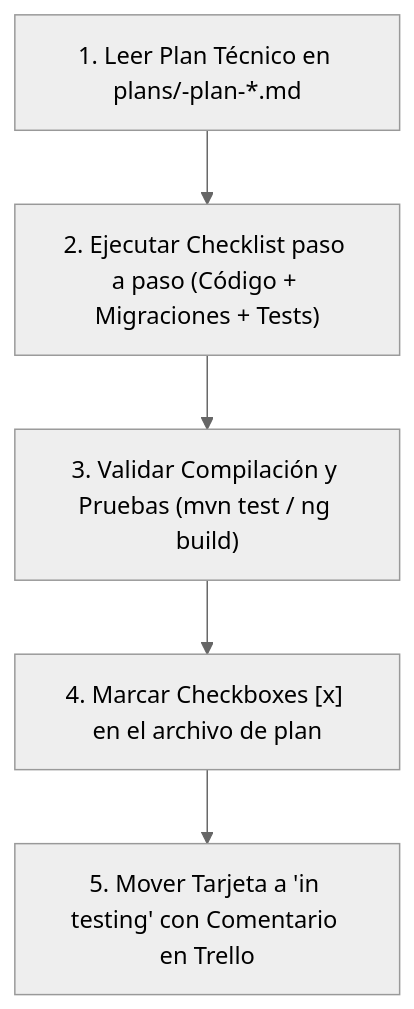
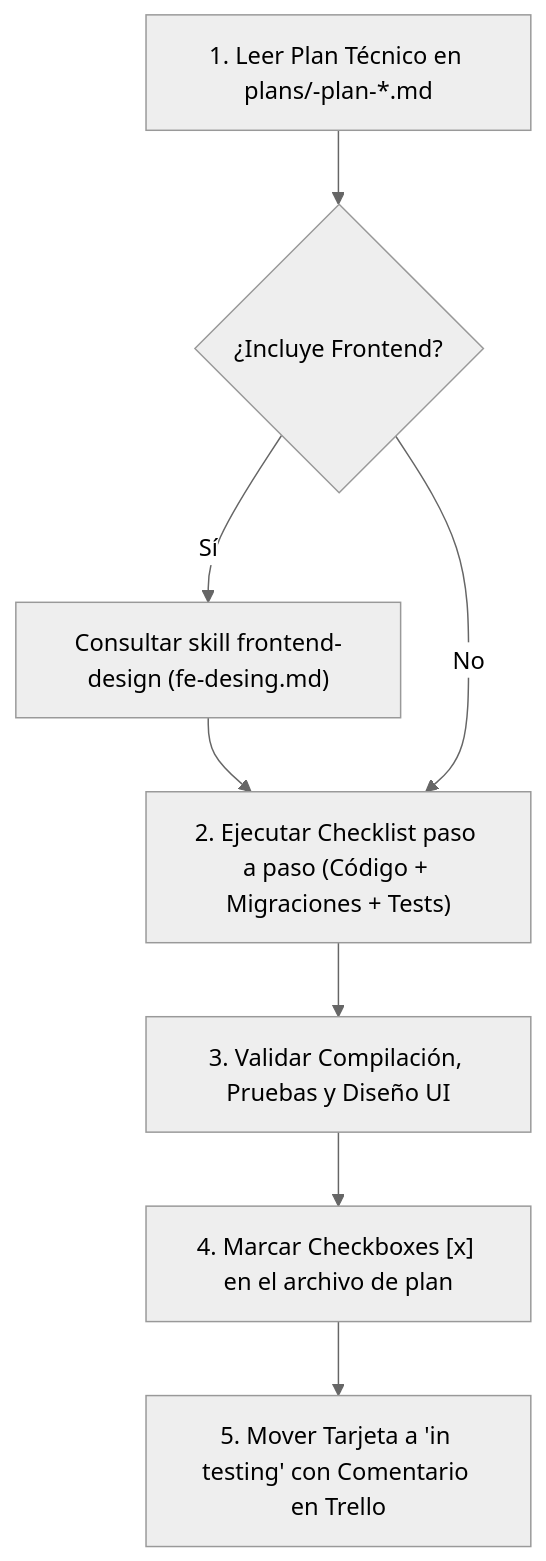
Before and after one commit to edgonbr88/Talentus-Scout: the diagram in .agents/skills/trello-implementer/SKILL.md, drawn with Mermaid (neutral theme). The commit also changed other lines of this file and 42 other files, not shown here.

Commit message:
feat(frontend): inicializar talentus-scout-fe en Angular 18 con Nginx, Docker Compose y diseño deportivo (TS-06)

````diff
--- a/.agents/skills/trello-implementer/SKILL.md
+++ b/.agents/skills/trello-implementer/SKILL.md
@@ -19,10 +29,15 @@
 ```mermaid
 graph TD
     ReadPlan["1. Leer Plan Técnico en plans/<TS-ID>-plan-*.md"]
+    CheckFrontend{"¿Incluye Frontend?"}
+    ConsultDesign["Consultar skill frontend-design (fe-desing.md)"]
     ExecChecklist["2. Ejecutar Checklist paso a paso (Código + Migraciones + Tests)"]
-    VerifyCompile["3. Validar Compilación y Pruebas (mvn test / ng build)"]
+    VerifyCompile["3. Validar Compilación, Pruebas y Diseño UI"]
     UpdatePlan["4. Marcar Checkboxes [x] en el archivo de plan"]
     MoveCard["5. Mover Tarjeta a 'in testing' con Comentario en Trello"]
 
-    ReadPlan --> ExecChecklist --> VerifyCompile --> UpdatePlan --> MoveCard
+    ReadPlan --> CheckFrontend
+    CheckFrontend -->|"Sí"| ConsultDesign --> ExecChecklist
+    CheckFrontend -->|"No"| ExecChecklist
+    ExecChecklist --> VerifyCompile --> UpdatePlan --> MoveCard
 ```
````
